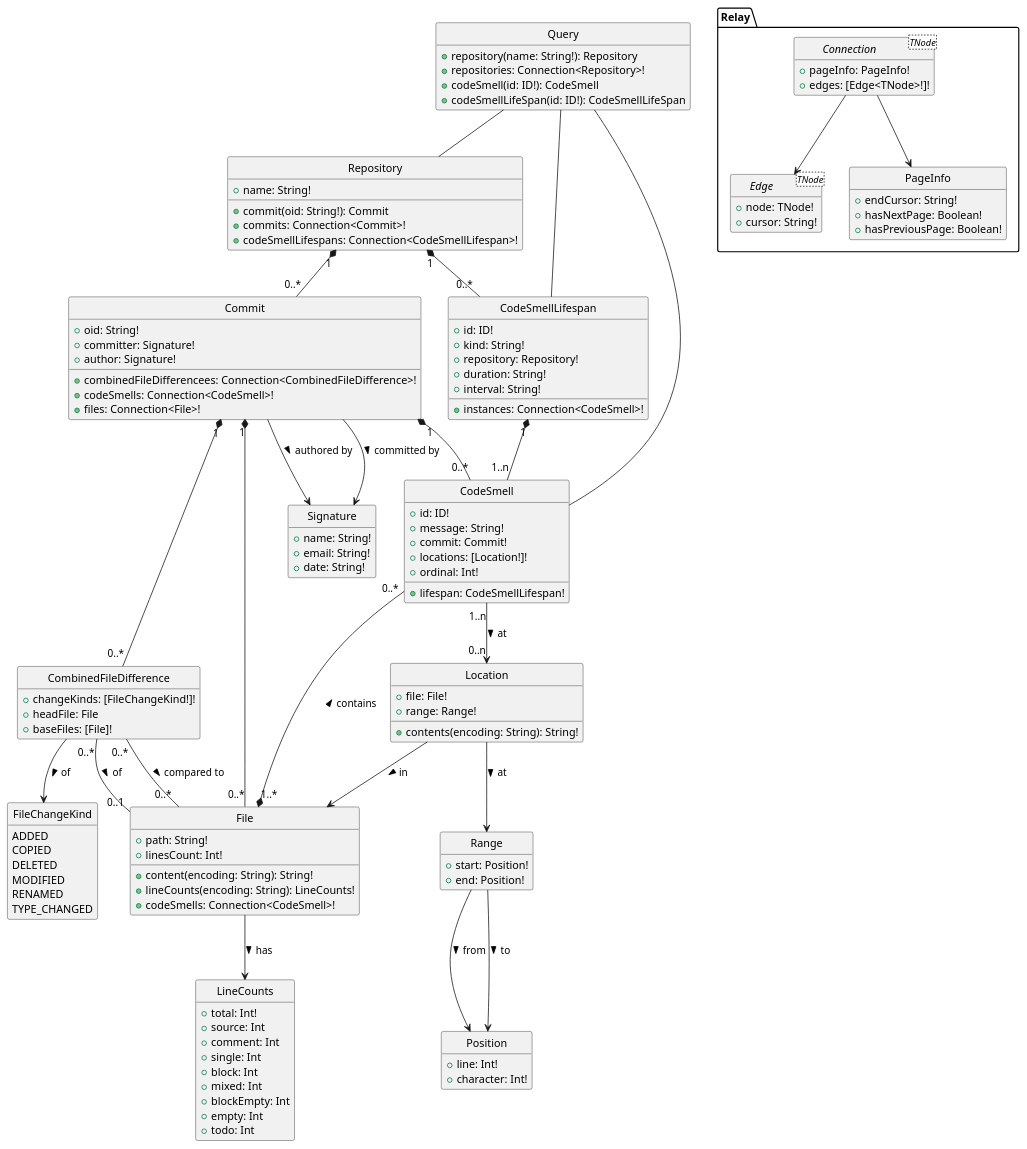
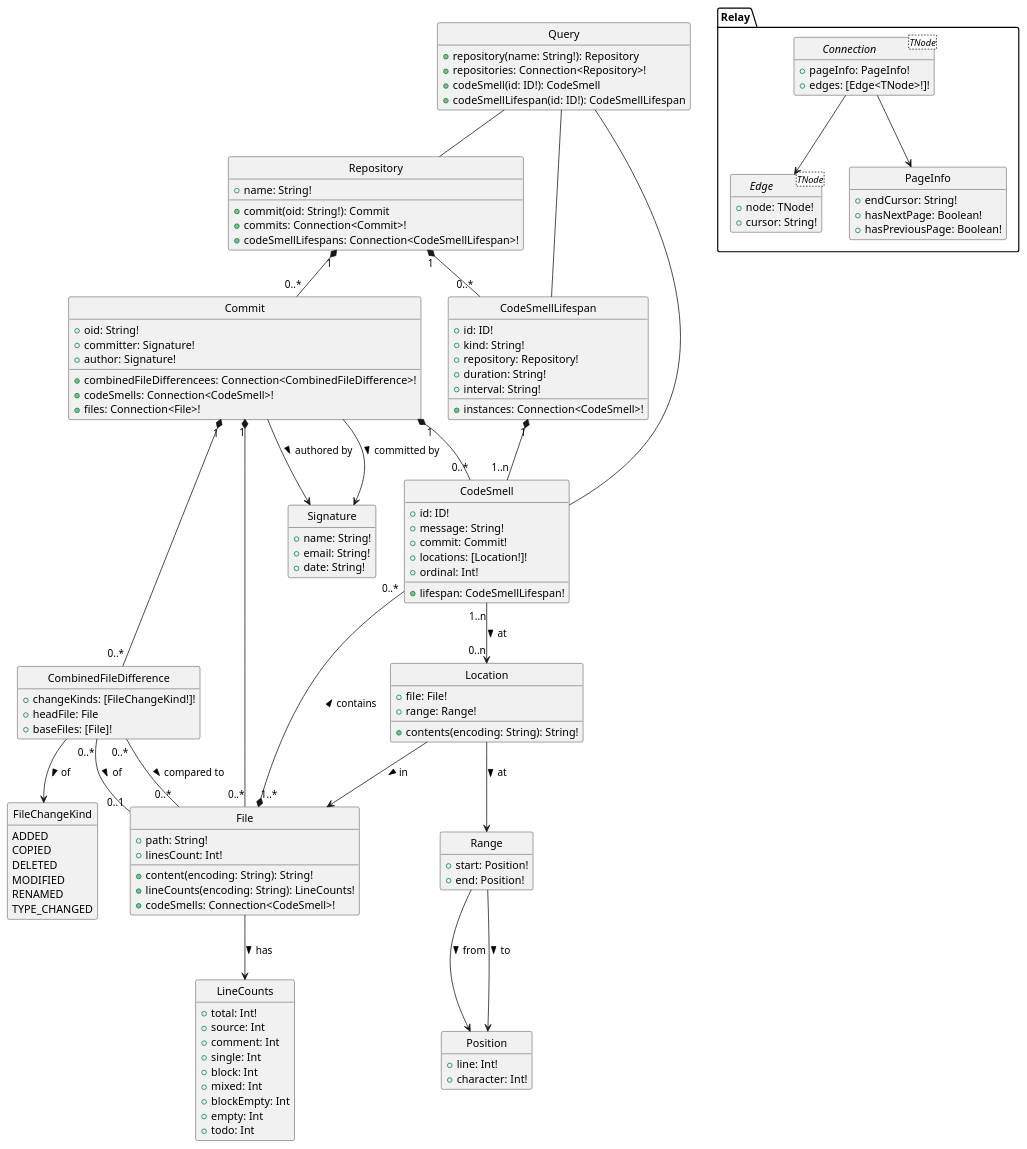
One commit to felixfbecker/olfaction changed the diagram in schema/graphql.plantuml. Above: the diagram before and after it, drawn with PlantUML. The commit also changed 5 other files, not shown here.

Commit message:
Rename lifeSpan -> lifespan

```diff
--- a/schema/graphql.plantuml
+++ b/schema/graphql.plantuml
@@ -1,139 +1,139 @@
 @startuml graphql
 hide circle
 hide empty members
 
 class Query {
   {method} +repository(name: String!): Repository
   {method} +repositories: Connection<Repository>!
   {method} +codeSmell(id: ID!): CodeSmell
-  {method} +codeSmellLifeSpan(id: ID!): CodeSmellLifeSpan
+  {method} +codeSmellLifespan(id: ID!): CodeSmellLifespan
 }
 Query -- Repository
 Query -- CodeSmell
 Query -- CodeSmellLifespan
 
 class Repository {
   +name: String!
   {method} +commit(oid: String!): Commit
   {method} +commits: Connection<Commit>!
   {method} +codeSmellLifespans: Connection<CodeSmellLifespan>!
 }
 Repository "1" *-- "0..*" Commit
 Repository "1" *-- "0..*" CodeSmellLifespan
 
 class Commit {
   +oid: String!
   +committer: Signature!
   +author: Signature!
   {method} +combinedFileDifferencees: Connection<CombinedFileDifference>!
   {method} +codeSmells: Connection<CodeSmell>!
   {method} +files: Connection<File>!
 }
 Commit --> Signature : committed by >
 Commit --> Signature : authored by >
 Commit "1" *-- "0..*" CodeSmell
 Commit "1" *-- "0..*" File
 Commit "1" *-- "0..*" CombinedFileDifference
 
 class CombinedFileDifference {
   +changeKinds: [FileChangeKind!]!
   +headFile: File
   +baseFiles: [File]!
 }
 CombinedFileDifference "0..*" -- "0..1" File : of >
 CombinedFileDifference "0..*" -- "0..*" File : compared to >
 CombinedFileDifference --> FileChangeKind : of >
 
 enum FileChangeKind {
   ADDED
   COPIED
   DELETED
   MODIFIED
   RENAMED
   TYPE_CHANGED
 }
 
 class Signature {
   +name: String!
   +email: String!
   +date: String!
 }
 
 class CodeSmell {
   +id: ID!
   +message: String!
   +commit: Commit!
   +locations: [Location!]!
   +ordinal: Int!
   {method} +lifespan: CodeSmellLifespan!
 }
 CodeSmell "1..n" --> "0..n" Location : at >
 
 class Location {
   +file: File!
   +range: Range!
   +contents(encoding: String): String!
 }
 Location --> File : in >
 Location --> Range : at >
 class Range {
   +start: Position!
   +end: Position!
 }
 Range --> Position : from >
 Range --> Position : to >
 class Position {
   +line: Int!
   +character: Int!
 }
 
 class CodeSmellLifespan {
   +id: ID!
   +kind: String!
   +repository: Repository!
   +duration: String!
   +interval: String!
   {method} +instances: Connection<CodeSmell>!
 }
 CodeSmellLifespan "1" *-- "1..n" CodeSmell
 
 class LineCounts {
   +total: Int!
   +source: Int
   +comment: Int
   +single: Int
   +block: Int
   +mixed: Int
   +blockEmpty: Int
   +empty: Int
   +todo: Int
 }
 
 class File {
   +path: String!
   +linesCount: Int!
   +content(encoding: String): String!
   +lineCounts(encoding: String): LineCounts!
   {method} +codeSmells: Connection<CodeSmell>!
 }
 File "1..*" *-- "0..*" CodeSmell : contains >
 File --> LineCounts : has >
 
 namespace Relay {
   interface Connection<TNode> {
     +pageInfo: PageInfo!
     +edges: [Edge<TNode>!]!
   }
   Connection --> Edge
   Connection --> PageInfo
   class PageInfo {
     +endCursor: String!
     +hasNextPage: Boolean!
     +hasPreviousPage: Boolean!
   }
   interface Edge<TNode> {
     +node: TNode!
     +cursor: String!
   }
 }
 @enduml
```
